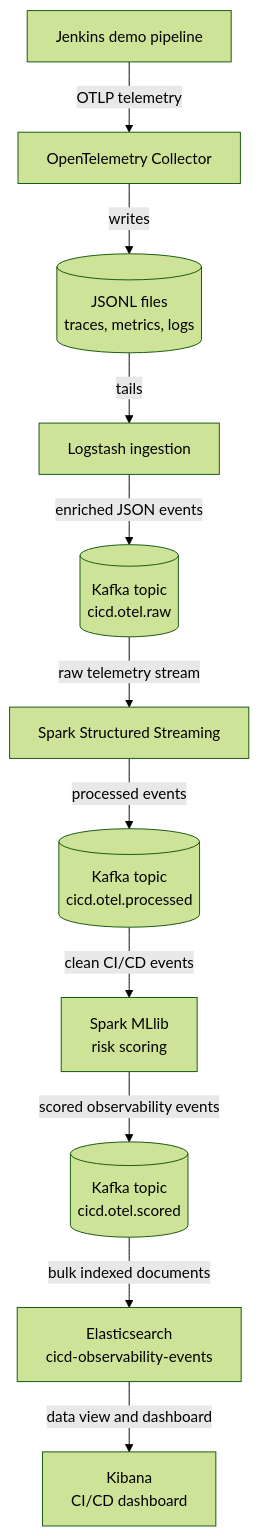
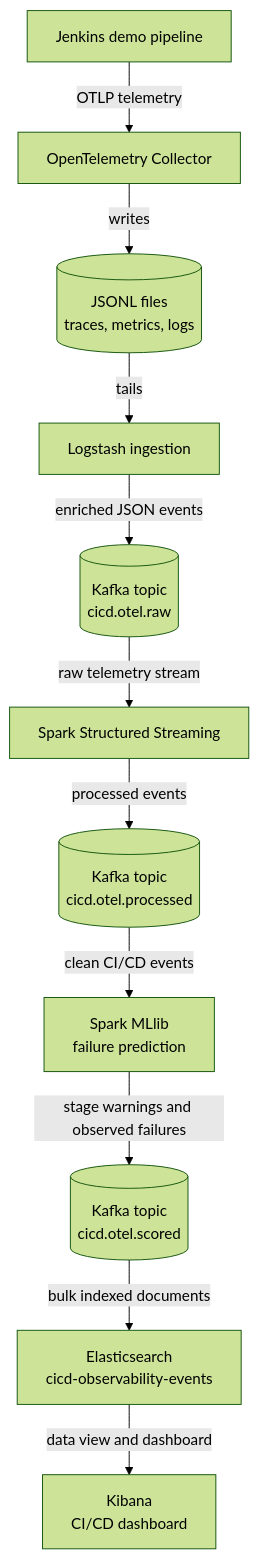
The diagram in docs/00-Pipeline_Overview.md (Darakuu/CI-CD-Observability-Stream), drawn with Mermaid (forest theme) before and after one commit. The commit also changed 11 other files, not shown here.

````diff
--- a/docs/00-Pipeline_Overview.md
+++ b/docs/00-Pipeline_Overview.md
@@ -7,25 +7,25 @@
 ```mermaid
 flowchart TD
     Jenkins["Jenkins demo pipeline"]
     OTel["OpenTelemetry Collector"]
     Files[("JSONL files\ntraces, metrics, logs")]
     Logstash["Logstash ingestion"]
     RawKafka[("Kafka topic\ncicd.otel.raw")]
     Spark["Spark Structured Streaming"]
     ProcessedKafka[("Kafka topic\ncicd.otel.processed")]
-    MLlib["Spark MLlib\nrisk scoring"]
+    MLlib["Spark MLlib\nfailure prediction"]
     ScoredKafka[("Kafka topic\ncicd.otel.scored")]
     Elasticsearch["Elasticsearch\ncicd-observability-events"]
     Kibana["Kibana\nCI/CD dashboard"]
 
     Jenkins -->|"OTLP telemetry"| OTel
     OTel -->|"writes"| Files
     Files -->|"tails"| Logstash
     Logstash -->|"enriched JSON events"| RawKafka
     RawKafka -->|"raw telemetry stream"| Spark
     Spark -->|"processed events"| ProcessedKafka
     ProcessedKafka -->|"clean CI/CD events"| MLlib
-    MLlib -->|"scored observability events"| ScoredKafka
+    MLlib -->|"stage warnings and observed failures"| ScoredKafka
     ScoredKafka -->|"bulk indexed documents"| Elasticsearch
     Elasticsearch -->|"data view and dashboard"| Kibana
 ```
````
